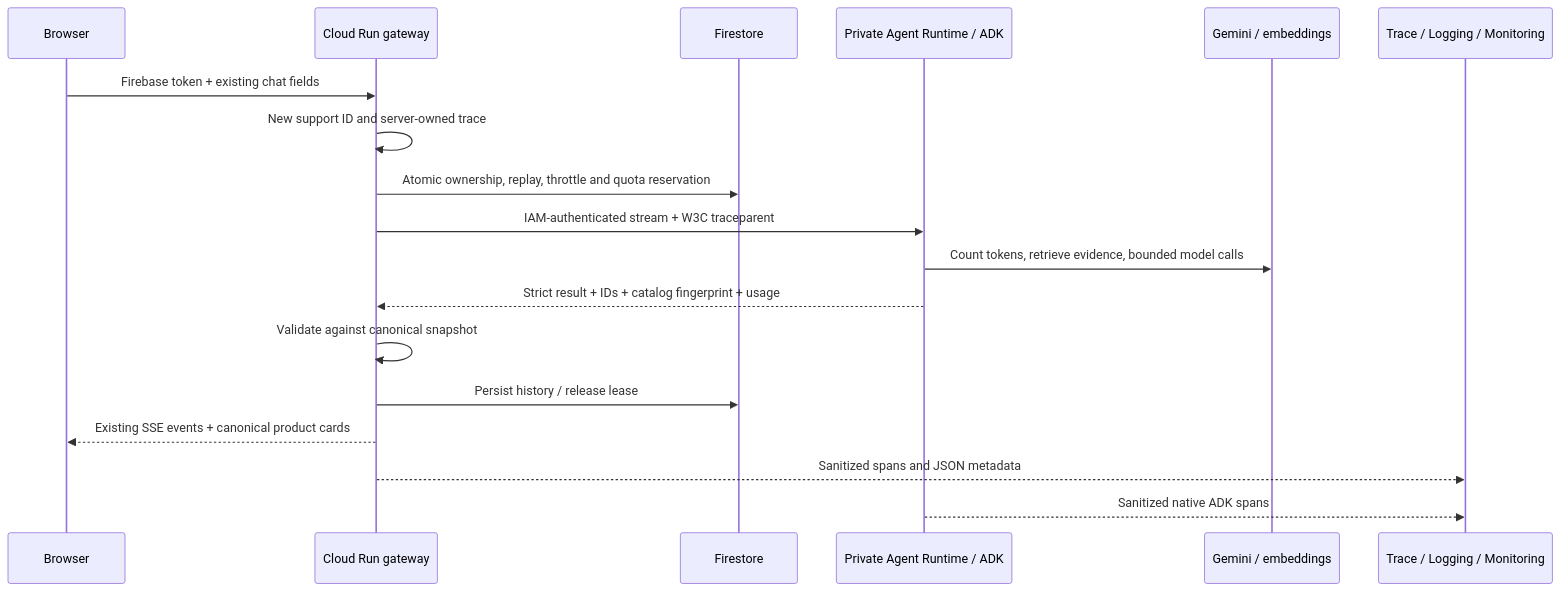
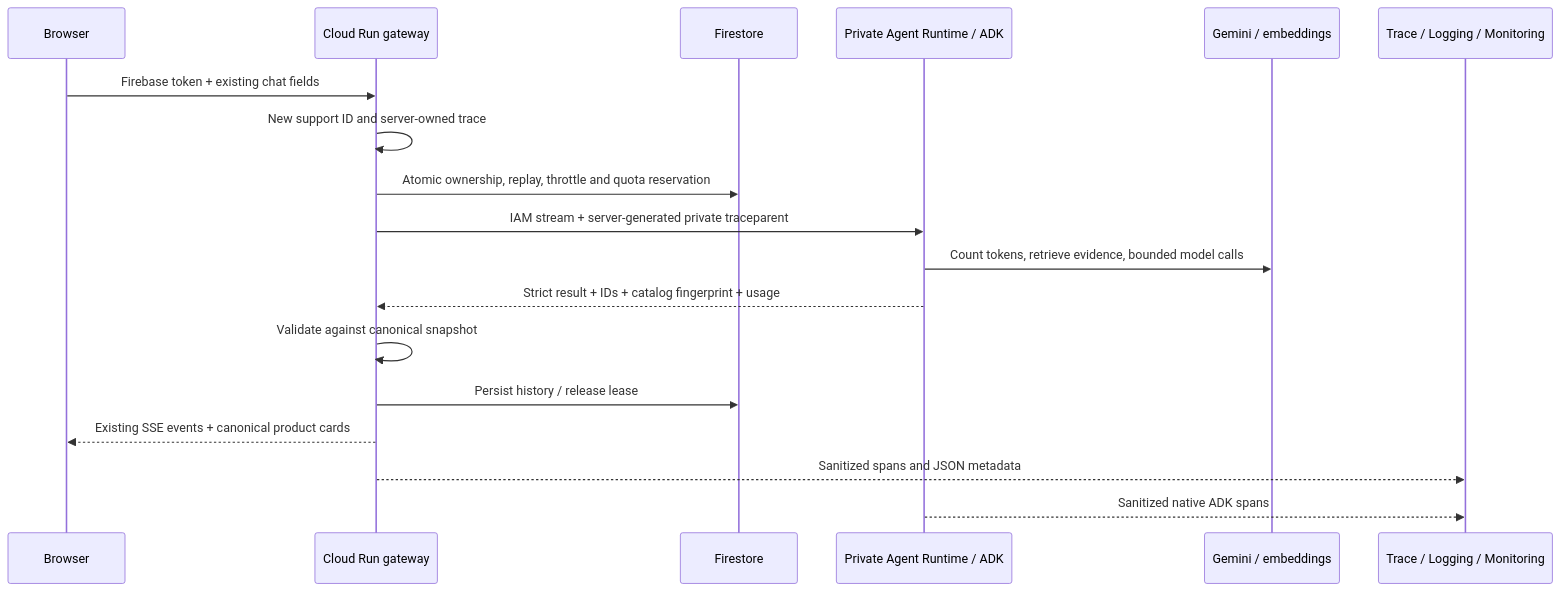
Before and after one commit to luisteran5296/luma-beauty-agent: the diagram in docs/HARDENING.md, drawn with Mermaid. The commit also changed other lines of this file and 13 other files, not shown here.

````diff
--- a/docs/HARDENING.md
+++ b/docs/HARDENING.md
@@ -9,20 +8,20 @@
 ```mermaid
 sequenceDiagram
     participant Browser
     participant Gateway as Cloud Run gateway
     participant DB as Firestore
     participant Agent as Private Agent Runtime / ADK
     participant Model as Gemini / embeddings
     participant Obs as Trace / Logging / Monitoring
     Browser->>Gateway: Firebase token + existing chat fields
     Gateway->>Gateway: New support ID and server-owned trace
     Gateway->>DB: Atomic ownership, replay, throttle and quota reservation
-    Gateway->>Agent: IAM-authenticated stream + W3C traceparent
+    Gateway->>Agent: IAM stream + server-generated private traceparent
     Agent->>Model: Count tokens, retrieve evidence, bounded model calls
     Agent-->>Gateway: Strict result + IDs + catalog fingerprint + usage
     Gateway->>Gateway: Validate against canonical snapshot
     Gateway->>DB: Persist history / release lease
     Gateway-->>Browser: Existing SSE events + canonical product cards
     Gateway-->>Obs: Sanitized spans and JSON metadata
     Agent-->>Obs: Sanitized native ADK spans
 ```
````
